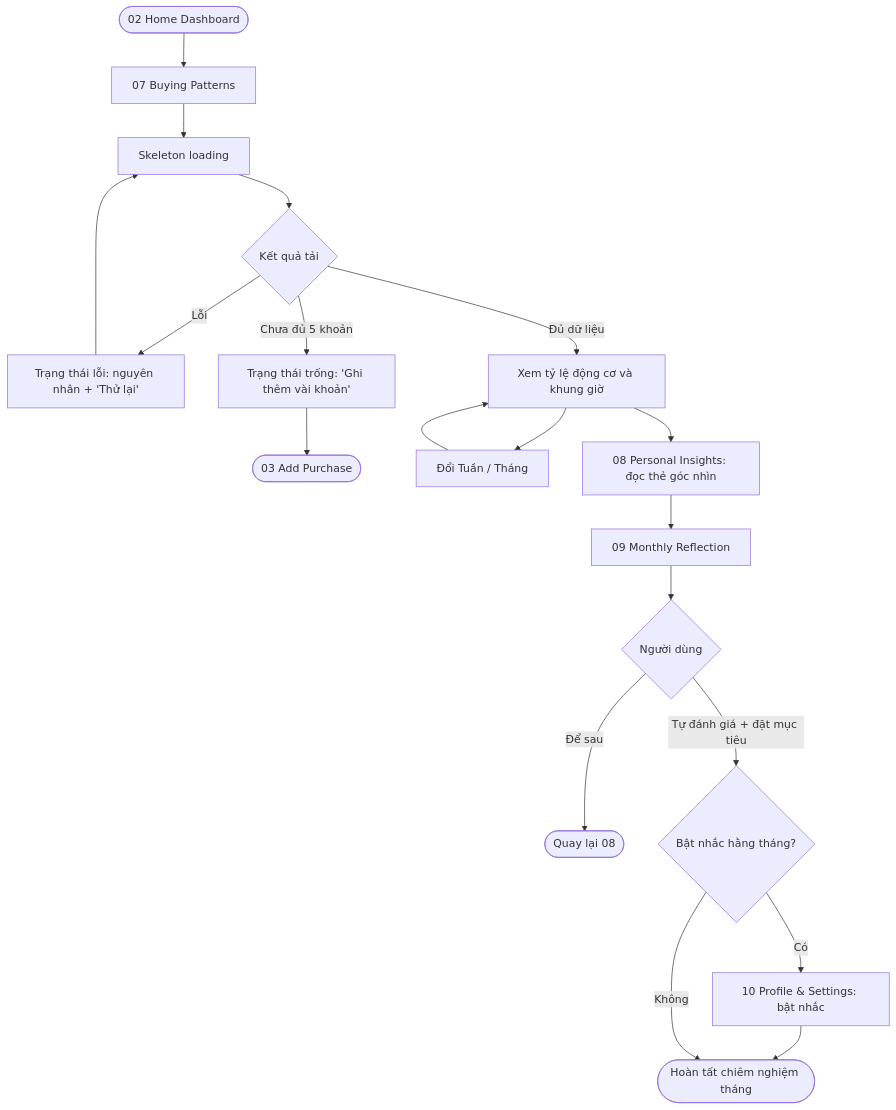
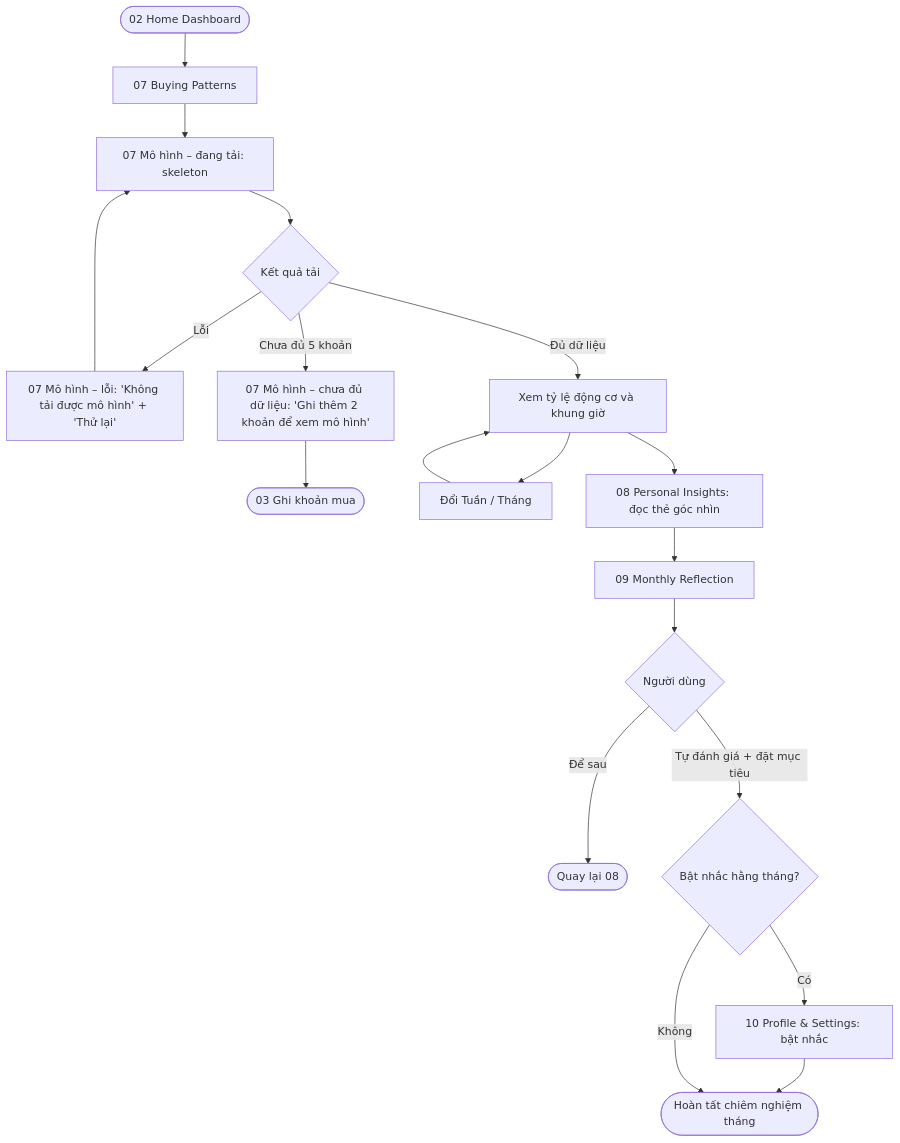
One commit to hoanghuan2005/prm393_lab02 changed the third of 4 diagrams in ux/user-flow.md. Above: the diagram before and after it, drawn with Mermaid. The commit also changed other lines of this file and 3 other files, not shown here.

````diff
--- a/ux/user-flow.md
+++ b/ux/user-flow.md
@@ -77,17 +82,17 @@
 ```mermaid
 flowchart TD
     Start([02 Home Dashboard]) --> S07[07 Buying Patterns]
-    S07 --> Load[Skeleton loading]
+    S07 --> Load[07 Mô hình – đang tải: skeleton]
     Load --> Res{Kết quả tải}
-    Res -->|Lỗi| Error[Trạng thái lỗi: nguyên nhân + 'Thử lại'] --> Load
-    Res -->|Chưa đủ 5 khoản| Empty[Trạng thái trống: 'Ghi thêm vài khoản'] --> Go03([03 Add Purchase])
+    Res -->|Lỗi| Error[07 Mô hình – lỗi: 'Không tải được mô hình' + 'Thử lại'] --> Load
+    Res -->|Chưa đủ 5 khoản| Empty[07 Mô hình – chưa đủ dữ liệu: 'Ghi thêm 2 khoản để xem mô hình'] --> Go03([03 Ghi khoản mua])
     Res -->|Đủ dữ liệu| View[Xem tỷ lệ động cơ và khung giờ]
     View --> Period[Đổi Tuần / Tháng] --> View
     View --> S08[08 Personal Insights: đọc thẻ góc nhìn]
     S08 --> S09[09 Monthly Reflection]
     S09 --> Act{Người dùng}
     Act -->|Để sau| Back08([Quay lại 08])
     Act -->|Tự đánh giá + đặt mục tiêu| Remind{Bật nhắc hằng tháng?}
     Remind -->|Có| S10[10 Profile & Settings: bật nhắc] --> End
     Remind -->|Không| End([Hoàn tất chiêm nghiệm tháng])
 ```
````
